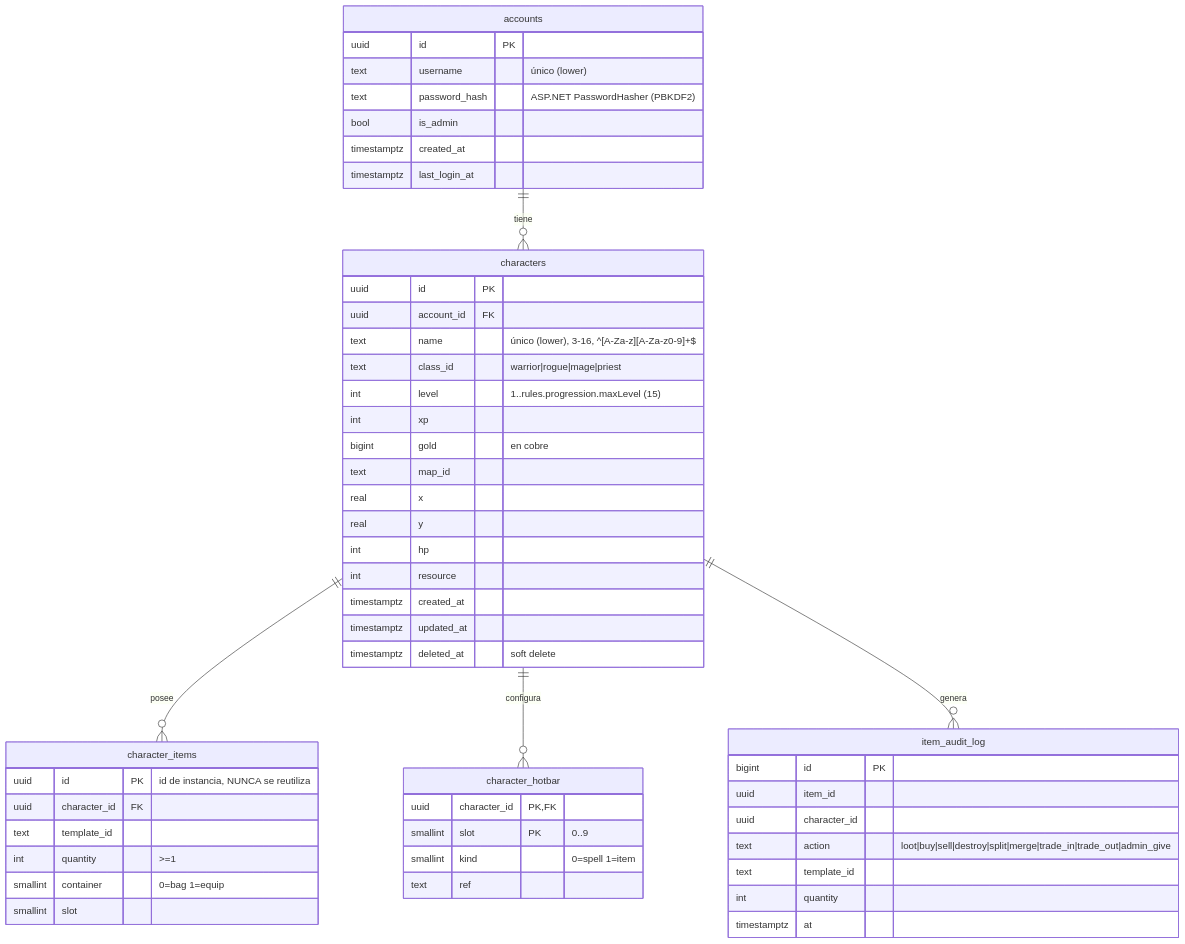
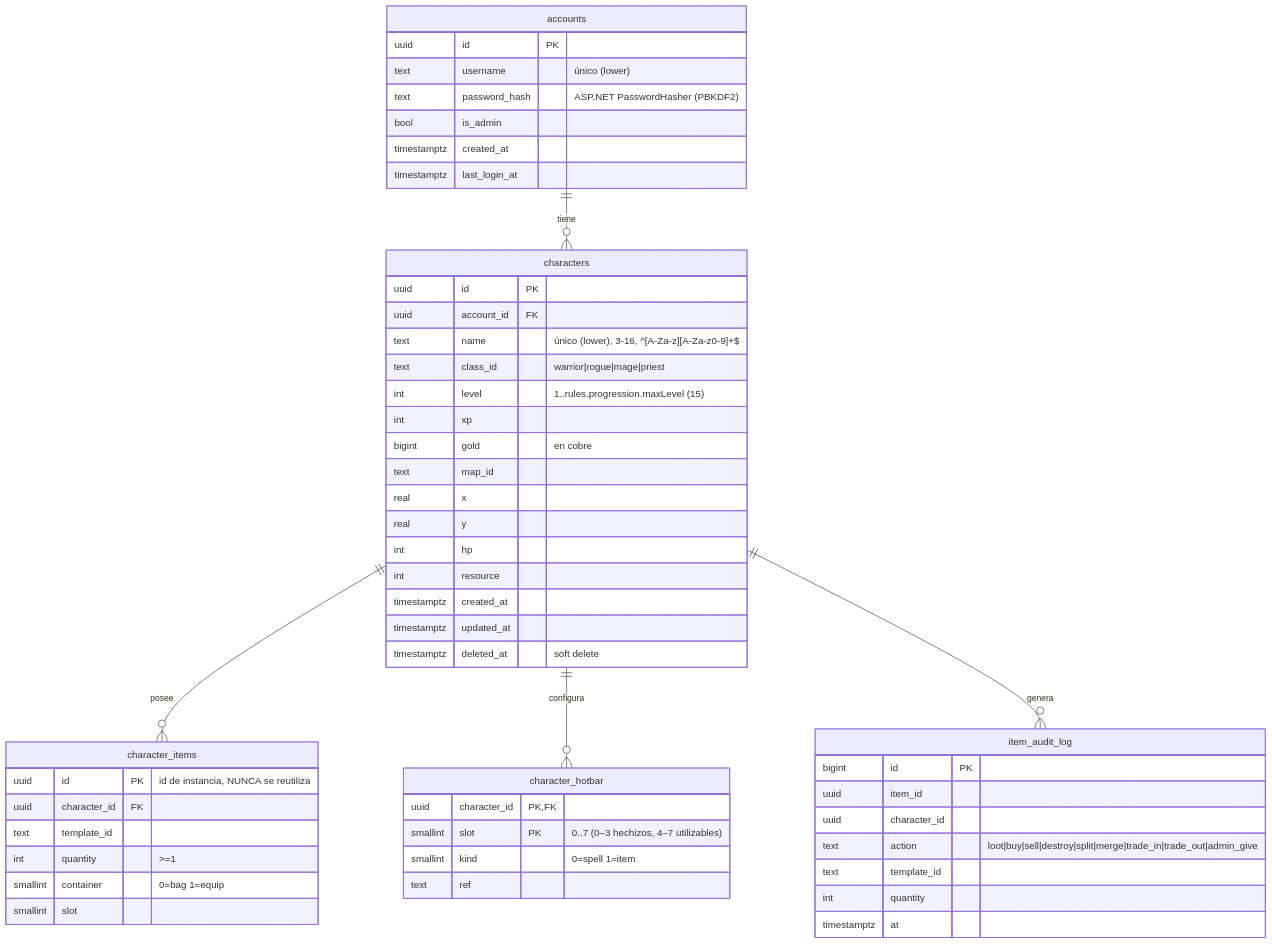
The diagram in docs/database.md (Seem1019/PixelRealms), drawn with Mermaid before and after one commit. The commit also changed 21 other files, not shown here.

````diff
--- a/docs/database.md
+++ b/docs/database.md
@@ -7,55 +7,55 @@
 ```mermaid
 erDiagram
   accounts ||--o{ characters : tiene
   characters ||--o{ character_items : posee
   characters ||--o{ character_hotbar : configura
   characters ||--o{ item_audit_log : genera
   accounts {
     uuid id PK
     text username "único (lower)"
     text password_hash "ASP.NET PasswordHasher (PBKDF2)"
     bool is_admin
     timestamptz created_at
     timestamptz last_login_at
   }
   characters {
     uuid id PK
     uuid account_id FK
     text name "único (lower), 3-16, ^[A-Za-z][A-Za-z0-9]+$"
     text class_id "warrior|rogue|mage|priest"
     int level "1..rules.progression.maxLevel (15)"
     int xp
     bigint gold "en cobre"
     text map_id
     real x
     real y
     int hp
     int resource
     timestamptz created_at
     timestamptz updated_at
     timestamptz deleted_at "soft delete"
   }
   character_items {
     uuid id PK "id de instancia, NUNCA se reutiliza"
     uuid character_id FK
     text template_id
     int quantity ">=1"
     smallint container "0=bag 1=equip"
     smallint slot
   }
   character_hotbar {
     uuid character_id PK,FK
-    smallint slot PK "0..9"
+    smallint slot PK "0..7 (0–3 hechizos, 4–7 utilizables)"
     smallint kind "0=spell 1=item"
     text ref
   }
   item_audit_log {
     bigint id PK
     uuid item_id
     uuid character_id
     text action "loot|buy|sell|destroy|split|merge|trade_in|trade_out|admin_give"
     text template_id
     int quantity
     timestamptz at
   }
 ```
````
